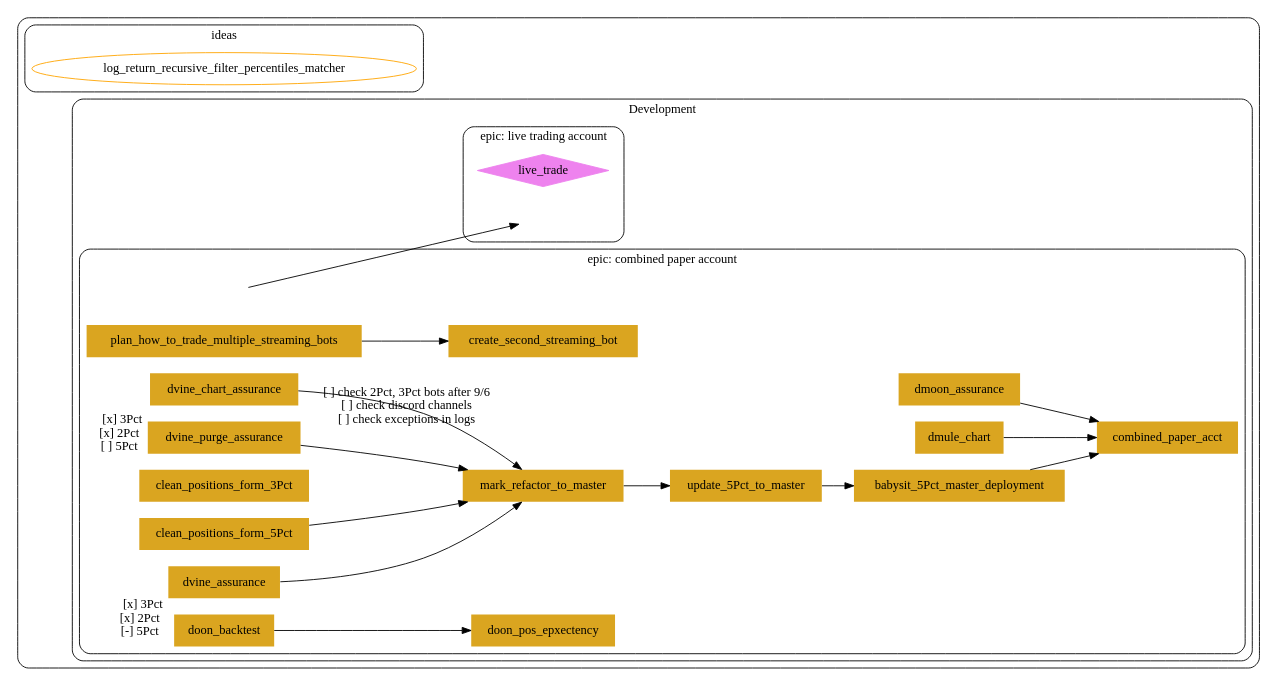
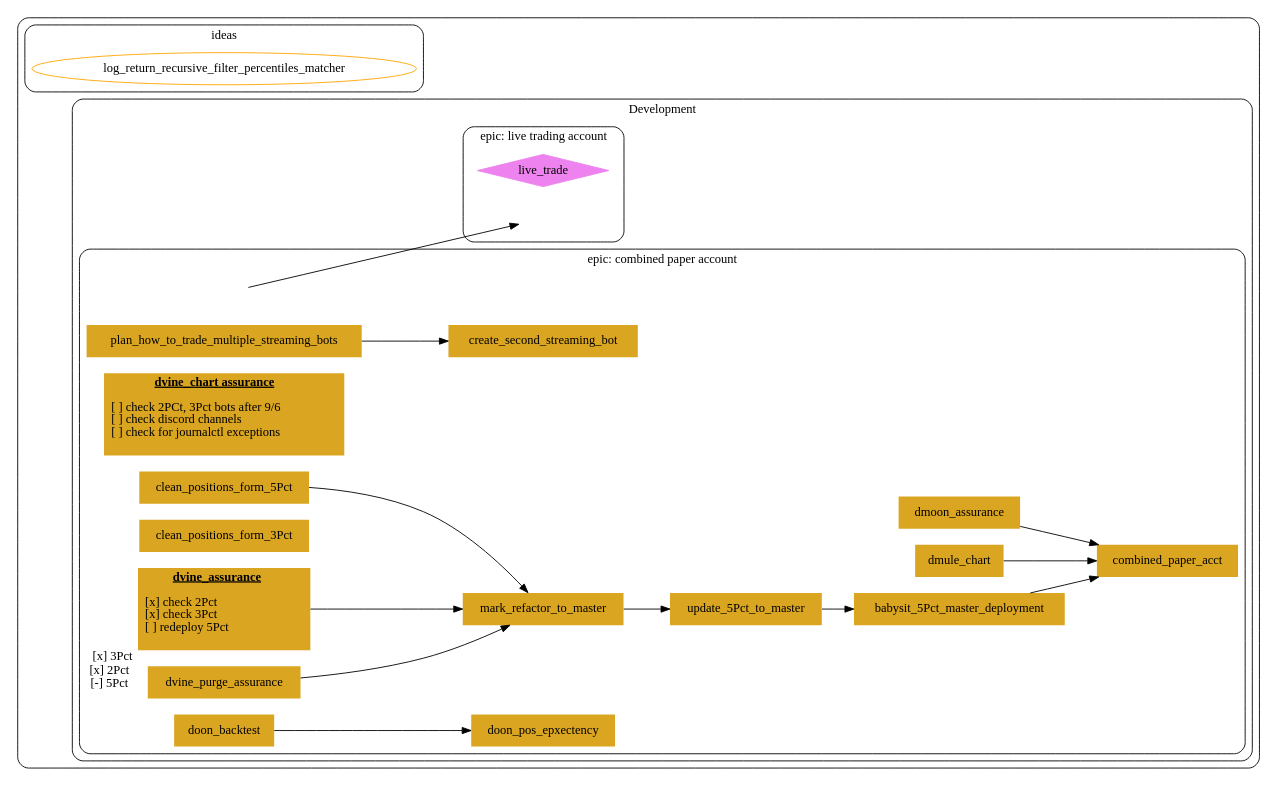
The diagram in tasks.dot (webclinic017/dvault), drawn with Graphviz before and after one commit.

Commit message:
update task list

```diff
--- a/tasks.dot
+++ b/tasks.dot
@@ -1,113 +1,129 @@
 /*
  * d* tasks
  */
 digraph G {
 
 graph [fontname = "Handlee"];
 node [fontname = "Handlee" shape=note style=filled color=goldenrod];
 edge [fontname = "Handlee"];
 rankdir=LR;
 style="rounded"
 compound=true
 
 
 subgraph cluster_main{
   // label="Quathar"
 
 subgraph cluster_ideas{
   label="ideas"
   node [style=none shape=oval color=orange]
   log_return_recursive_filter_percentiles_matcher
 }
 
 subgraph cluster_dev {
   label="Development"
 
+  node[shape=none]
 
   subgraph cluster_epic{
     label="epic: combined paper account"
 
-    node[shape=none]
 
 
     mark_refactor_to_master->update_5Pct_to_master
 
     update_5Pct_to_master->babysit_5Pct_master_deployment
     babysit_5Pct_master_deployment->combined_paper_acct
 
     plan_how_to_trade_multiple_streaming_bots->create_second_streaming_bot
+
+    dvine_assurance[
+        label=<
+        <B><U>dvine_assurance</U></B>
+        <BR/>
+        <BR ALIGN="LEFT"/> [x] check 2Pct
+        <BR ALIGN="LEFT"/> [x] check 3Pct
+        <BR ALIGN="LEFT"/> [ ] redeploy 5Pct
+        <BR ALIGN="LEFT"/>
+        >]
+
     dvine_assurance[xlabel="[x] 3Pct \n[x] 2Pct  \n[-] 5Pct  "]
     dvine_assurance->mark_refactor_to_master
 
-    dvine_chart_assurance[xlabel="
-    [ ] check 2Pct, 3Pct bots after 9/6
-    [ ] check discord channels
-    [ ] check exceptions in logs"]
-    dvine_chart_assurance->mark_refactor_to_master
-    dvine_purge_assurance[xlabel="[x] 3Pct \n[x] 2Pct  \n[ ] 5Pct  "]
+    dvine_chart_assurance[
+        label=<
+        <B><U>dvine_chart assurance</U></B>
+        <BR/>
+        <BR ALIGN="LEFT"/> [ ] check 2PCt, 3Pct bots after 9/6
+        <BR ALIGN="LEFT"/> [ ] check discord channels
+        <BR ALIGN="LEFT"/> [ ] check for journalctl exceptions
+        <BR ALIGN="LEFT"/>
+        >]
+
+
     dvine_purge_assurance->mark_refactor_to_master
     dmoon_assurance->combined_paper_acct
 
     dmule_chart->combined_paper_acct
 
     clean_positions_form_3Pct
 
     clean_positions_form_5Pct->mark_refactor_to_master
 
 
     doon_backtest->doon_pos_epxectency
 
 
     epic[label="" style="invisible"]
 
 
   }
 
 
   subgraph cluster_next_epic{
     label="epic: live trading account"
 
     live_trade[shape=diamond color=violet]
 
     node[shape=none]
     next_epic[label="" style="invisible"]
   }
 }
 
 epic->next_epic
 
 
 
 //placeholder_2
 
 } //cluster_
 
 /*
 subgraph cluster_flegend{
 subgraph cluster_legend{
   label="legend"
   bgcolor=transparent;
   fontsize=24
 idea [style=none shape=oval color=orange]
 todo [fontname = "Handlee" shape=note style=filled color=goldenrod];
 done [fontname = "Handlee" shape=note style=filled color=green];
 underway [fontname = "Handlee" shape=note style=filled color=orange];
 bug [fontname = "Handlee" shape=note style=filled color=red];
 goal [shape=diamond color=violet]
 
 todo->done[style=invis,] // for layout
 idea->underway[style=invis,] // for layout
 
 
 }
 }
 */
 
 
 
 
 
 
 
 
 }
```
